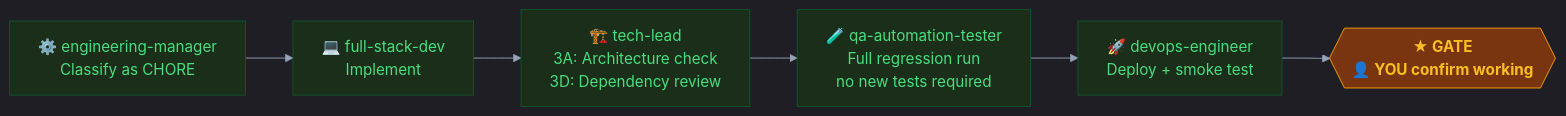
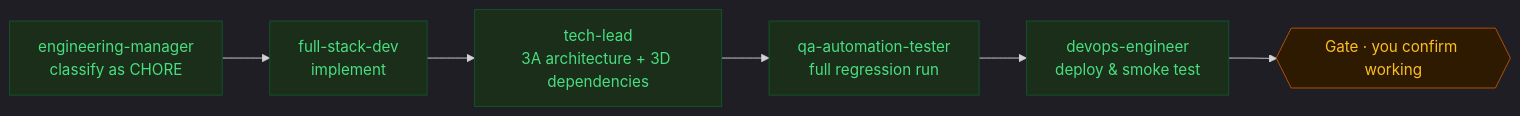
One commit to shanmuga-sundaram-n/personal-finance-tracker changed the fourth of 7 diagrams in docs/agent-pipeline.md. Above: the diagram before and after it, drawn with Mermaid. The commit also changed other lines of this file, not shown here.

First line of the commit message:
docs: clean up Mermaid diagrams in agent-pipeline.md

````diff
--- a/docs/agent-pipeline.md
+++ b/docs/agent-pipeline.md
@@ -167,18 +157,18 @@
 ```mermaid
-%%{init: {'theme': 'dark', 'themeVariables': {'primaryColor': '#1e293b', 'primaryTextColor': '#e2e8f0', 'primaryBorderColor': '#334155', 'lineColor': '#94a3b8'}}}%%
+%%{init: {'theme': 'dark'}}%%
 flowchart LR
-    EM["⚙️ engineering-manager\nClassify as CHORE"]
-    FSD["💻 full-stack-dev\nImplement"]
-    TL["🏗️ tech-lead\n3A: Architecture check\n3D: Dependency review"]
-    QA["🧪 qa-automation-tester\nFull regression run\nno new tests required"]
-    DEV["🚀 devops-engineer\nDeploy + smoke test"]
-    GATE{{"★ GATE\n👤 YOU confirm working"}}
+    em[engineering-manager\nclassify as CHORE]
+    fsd[full-stack-dev\nimplement]
+    tl[tech-lead\n3A architecture + 3D dependencies]
+    qa[qa-automation-tester\nfull regression run]
+    dev[devops-engineer\ndeploy & smoke test]
+    gate{{Gate · you confirm working}}
 
-    EM --> FSD --> TL --> QA --> DEV --> GATE
+    em --> fsd --> tl --> qa --> dev --> gate
 
     classDef chore fill:#1a2e1a,stroke:#14532d,color:#4ade80
-    classDef gate  fill:#78350f,stroke:#f59e0b,color:#fbbf24,font-weight:bold
+    classDef gate  fill:#2e1a00,stroke:#b45309,color:#fbbf24
 
-    class EM,FSD,TL,QA,DEV chore
-    class GATE gate
+    class em,fsd,tl,qa,dev chore
+    class gate gate
 ```
````
